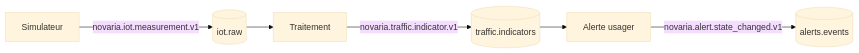
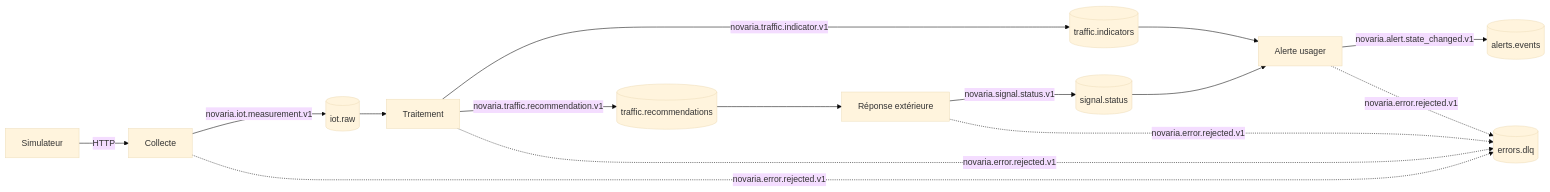
The diagram in contracts/README.md (RobelManoa/novaria-core), drawn with Mermaid (base theme) before and after one commit. The commit also changed other lines of this file and 232 other files, not shown here.

````diff
--- a/contracts/README.md
+++ b/contracts/README.md
@@ -14,8 +19,14 @@
 ```mermaid
 flowchart LR
-    S[Simulateur] -->|novaria.iot.measurement.v1| K1[(iot.raw)]
-    K1 --> T[Traitement]
-    T -->|novaria.traffic.indicator.v1| K2[(traffic.indicators)]
-    K2 --> A[Alerte usager]
-    A -->|novaria.alert.state_changed.v1| K3[(alerts.events)]
+    SIM[Simulateur] -->|HTTP| COL[Collecte]
+    COL -->|novaria.iot.measurement.v1| K1[(iot.raw)]
+    K1 --> TRA[Traitement]
+    TRA -->|novaria.traffic.indicator.v1| K2[(traffic.indicators)]
+    TRA -->|novaria.traffic.recommendation.v1| K3[(traffic.recommendations)]
+    K2 --> ALE[Alerte usager]
+    K3 --> REP[Réponse extérieure]
+    ALE -->|novaria.alert.state_changed.v1| K4[(alerts.events)]
+    REP -->|novaria.signal.status.v1| K5[(signal.status)]
+    K5 --> ALE
+    COL & TRA & ALE & REP -. "novaria.error.rejected.v1" .-> K6[(errors.dlq)]
 ```
````
